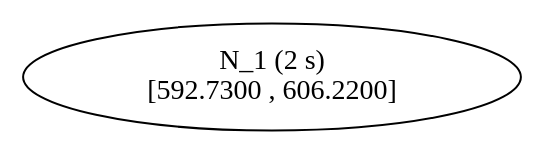
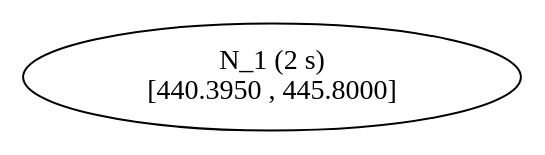
The diagram in dev/start/tree2.dot (atoptima/Coluna.jl), drawn with Graphviz before and after one commit. The commit also changed 14 other files, not shown here.

```diff
--- a/dev/start/tree2.dot
+++ b/dev/start/tree2.dot
@@ -1,6 +1,6 @@
 ## dot -Tpdf thisfile > thisfile.pdf 
 
 digraph Branching_Tree {
 	edge[fontname = "Courier", fontsize = 10];
-	n1 [label= "N_1 (2 s) \n[592.7300 , 606.2200]"];
+	n1 [label= "N_1 (2 s) \n[440.3950 , 445.8000]"];
 }
```
